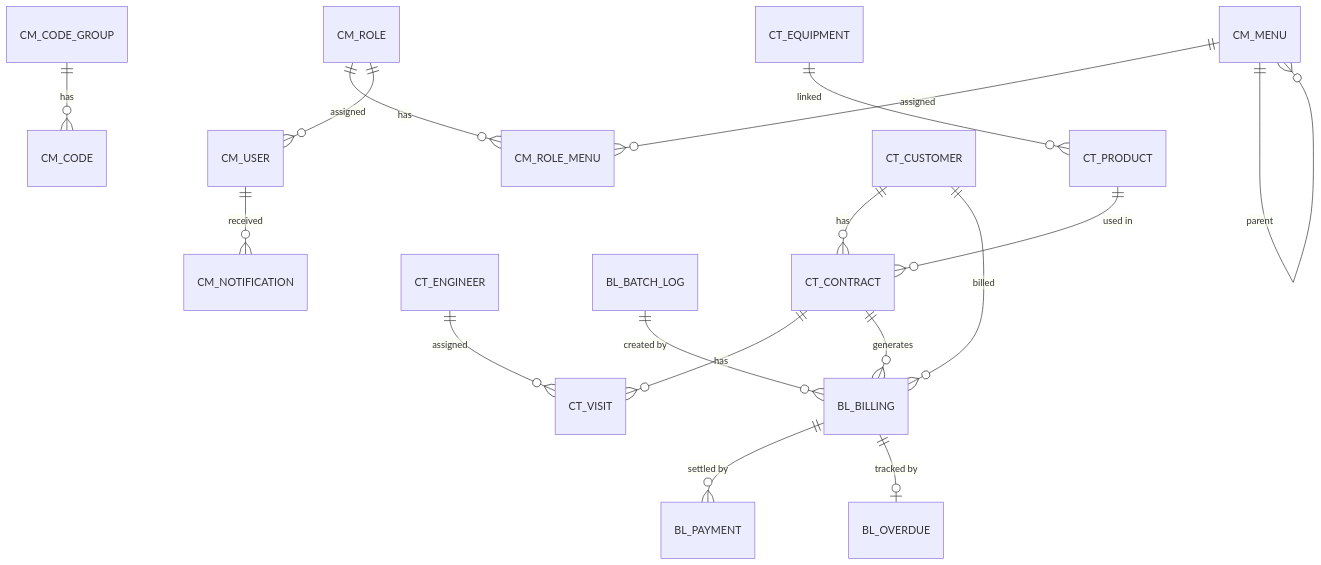
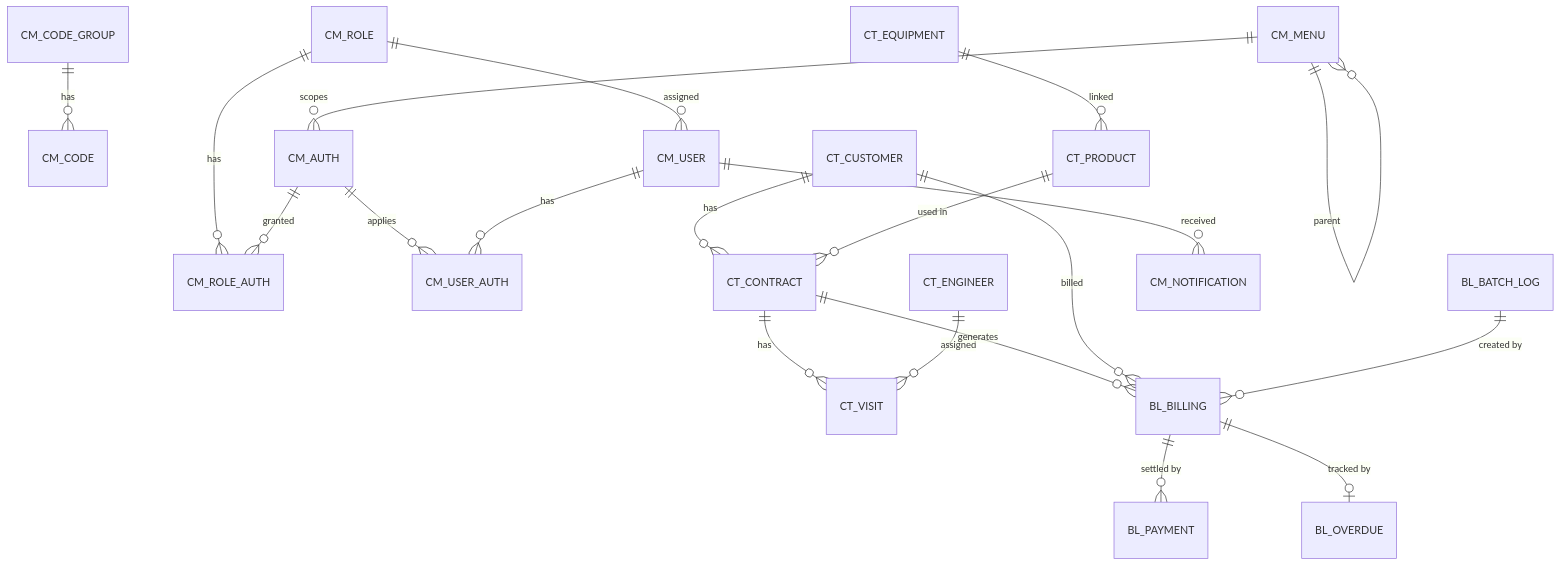
Before and after one commit to Oh-byeongju/rental-crm: the diagram in docs/06. ERD 및 테이블 정의서.md, drawn with Mermaid. The commit also changed other lines of this file and 10 other files, not shown here.

````diff
--- a/docs/06. ERD 및 테이블 정의서.md
+++ b/docs/06. ERD 및 테이블 정의서.md
@@ -7,24 +7,27 @@
 ```mermaid
 erDiagram
     CM_CODE_GROUP ||--o{ CM_CODE : "has"
-    CM_ROLE ||--o{ CM_ROLE_MENU : "has"
-    CM_MENU ||--o{ CM_ROLE_MENU : "assigned"
+    CM_ROLE ||--o{ CM_ROLE_AUTH : "has"
+    CM_AUTH ||--o{ CM_ROLE_AUTH : "granted"
+    CM_AUTH ||--o{ CM_USER_AUTH : "applies"
+    CM_MENU ||--o{ CM_AUTH : "scopes"
     CM_MENU ||--o{ CM_MENU : "parent"
     CM_ROLE ||--o{ CM_USER : "assigned"
+    CM_USER ||--o{ CM_USER_AUTH : "has"
 
     CT_CUSTOMER ||--o{ CT_CONTRACT : "has"
     CT_PRODUCT ||--o{ CT_CONTRACT : "used in"
     CT_EQUIPMENT ||--o{ CT_PRODUCT : "linked"
 
     CT_CONTRACT ||--o{ CT_VISIT : "has"
     CT_ENGINEER ||--o{ CT_VISIT : "assigned"
 
     CT_CONTRACT ||--o{ BL_BILLING : "generates"
     CT_CUSTOMER ||--o{ BL_BILLING : "billed"
 
     BL_BILLING ||--o{ BL_PAYMENT : "settled by"
     BL_BILLING ||--o| BL_OVERDUE : "tracked by"
 
     BL_BATCH_LOG ||--o{ BL_BILLING : "created by"
     CM_USER ||--o{ CM_NOTIFICATION : "received"
 ```
````
